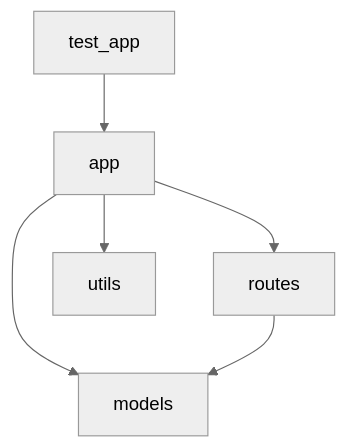
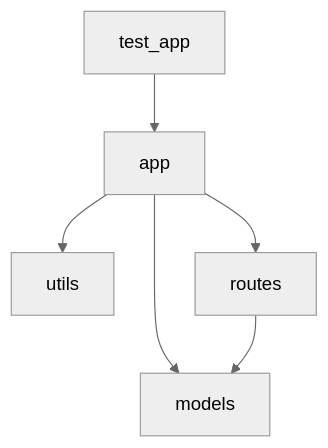
The diagram in demo/outputs/DOCUMENTATION.md (ElijahUmana/devdoc-withai), drawn with Mermaid (neutral theme) before and after one commit. The commit also changed other lines of this file and 7 other files, not shown here.

````diff
--- a/demo/outputs/DOCUMENTATION.md
+++ b/demo/outputs/DOCUMENTATION.md
@@ -84,13 +84,13 @@
 ```mermaid
 flowchart TD
-    routes["routes"]
     app["app"]
     utils["utils"]
     test_app["test_app"]
     models["models"]
+    routes["routes"]
     test_app --> app
     app --> models
     app --> routes
     app --> utils
     routes --> models
 ```
````
